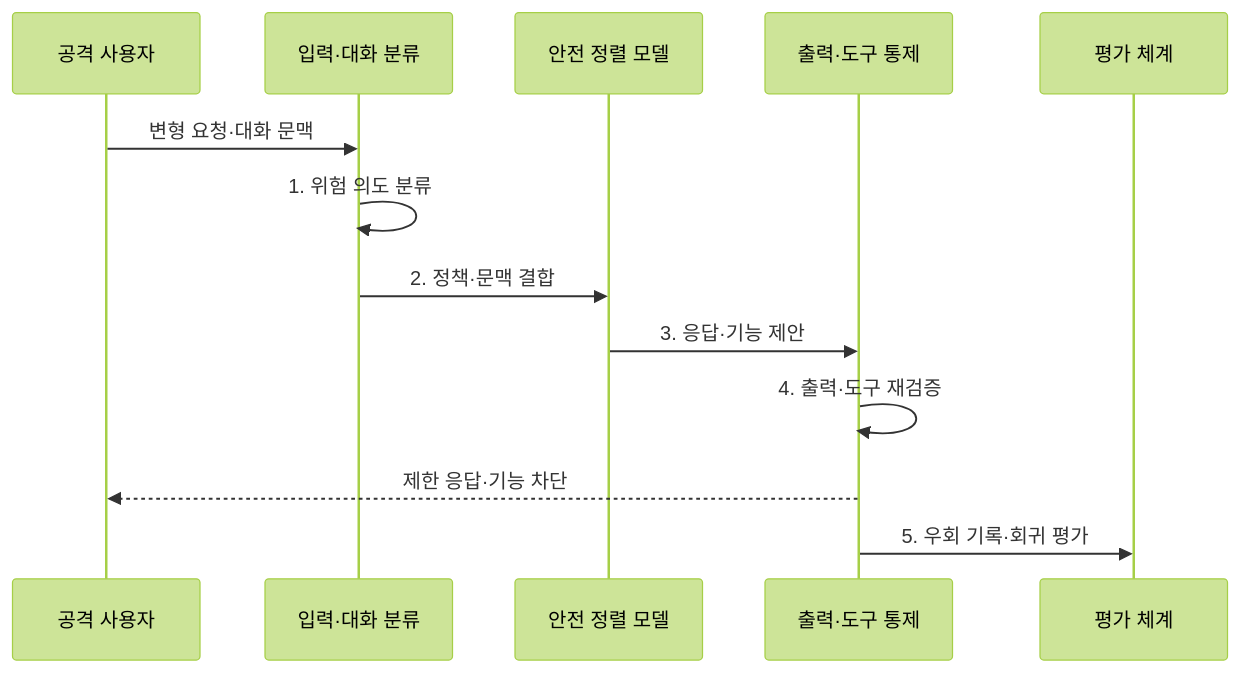
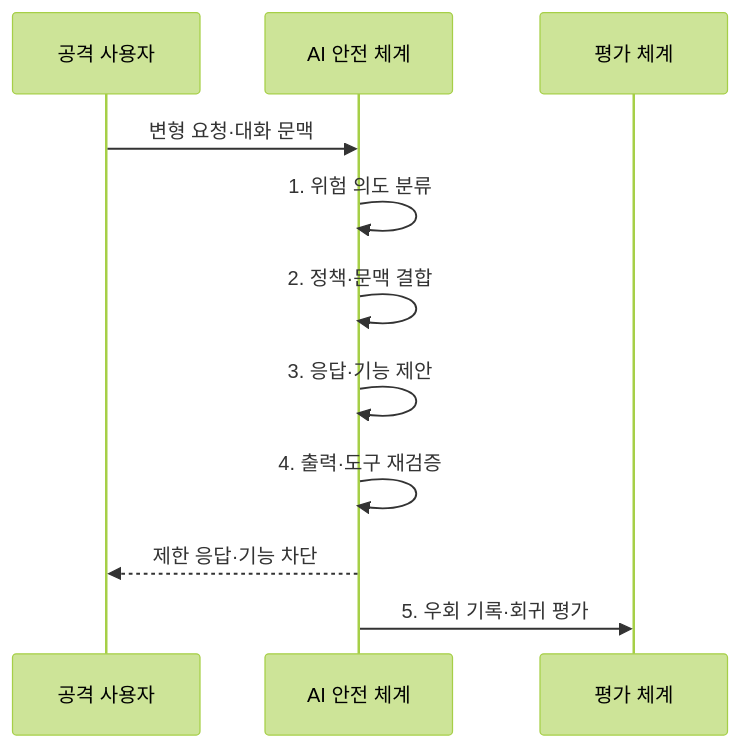
The second of 2 diagrams in src/content/docs/notes/05-security/081_jailbreak_attack.md (agnusdei1207/knowledge-base), drawn with Mermaid (forest theme) before and after one commit. The commit also changed 5 other files, not shown here.

Commit message:
Trim cloud and AI sequence actors

````diff
--- a/src/content/docs/notes/05-security/081_jailbreak_attack.md
+++ b/src/content/docs/notes/05-security/081_jailbreak_attack.md
@@ -101,15 +101,13 @@
 ```mermaid
 sequenceDiagram
     participant U as 공격 사용자
-    participant I as 입력·대화 분류
-    participant M as 안전 정렬 모델
-    participant O as 출력·도구 통제
+    participant M as AI 안전 체계
     participant E as 평가 체계
-    U->>I: 변형 요청·대화 문맥
-    I->>I: 1. 위험 의도 분류
-    I->>M: 2. 정책·문맥 결합
-    M->>O: 3. 응답·기능 제안
-    O->>O: 4. 출력·도구 재검증
-    O-->>U: 제한 응답·기능 차단
-    O->>E: 5. 우회 기록·회귀 평가
+    U->>M: 변형 요청·대화 문맥
+    M->>M: 1. 위험 의도 분류
+    M->>M: 2. 정책·문맥 결합
+    M->>M: 3. 응답·기능 제안
+    M->>M: 4. 출력·도구 재검증
+    M-->>U: 제한 응답·기능 차단
+    M->>E: 5. 우회 기록·회귀 평가
 ```
````
